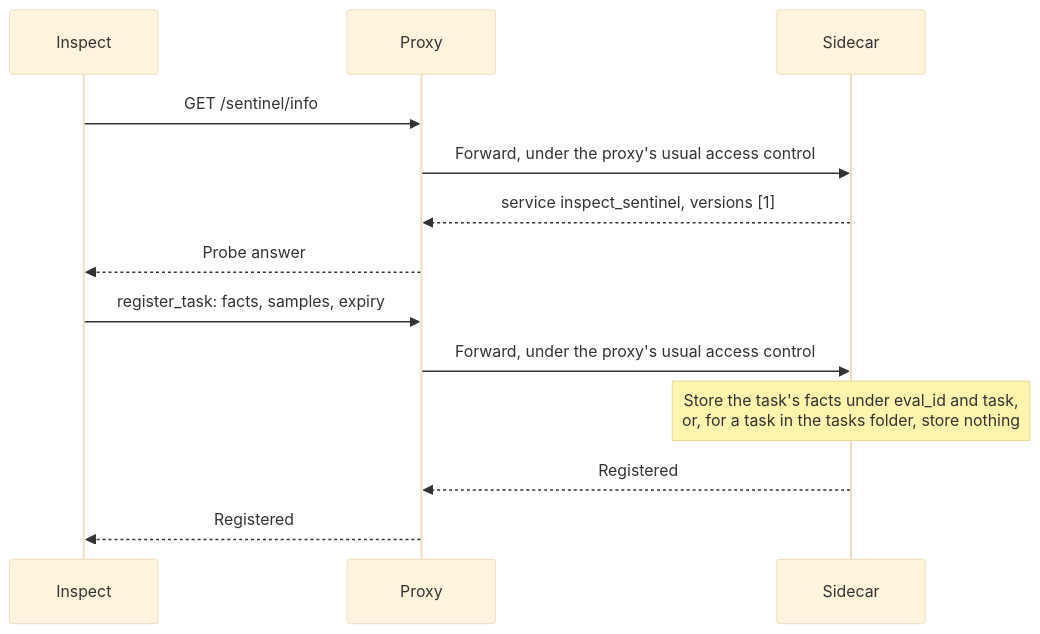
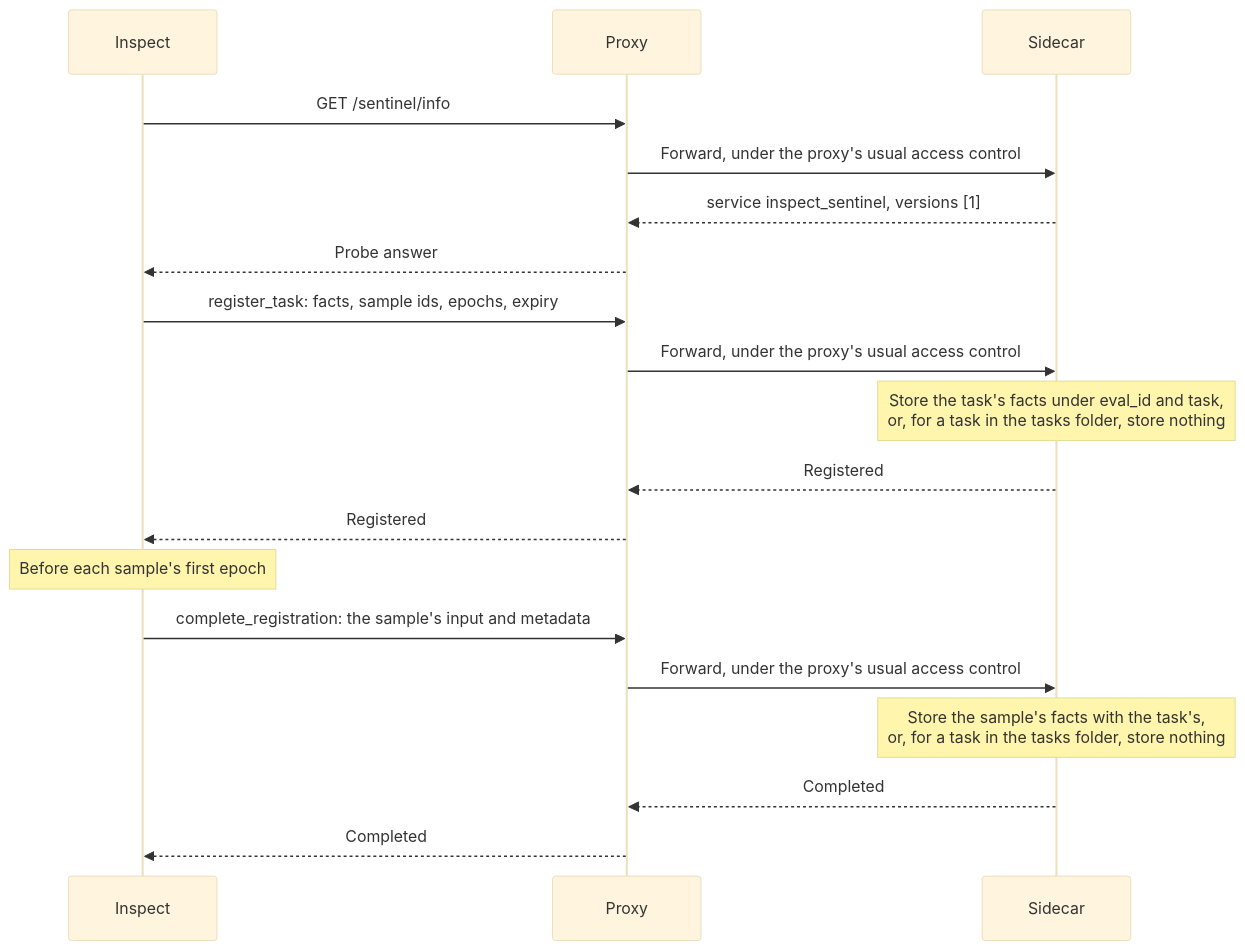
Before and after one commit to meridianlabs-ai/inspect_sentinel: the second of 10 diagrams in design/sidecar.md, drawn with Mermaid (base theme). The commit also changed other lines of this file and 2 other files, not shown here.

````diff
--- a/design/sidecar.md
+++ b/design/sidecar.md
@@ -602,15 +635,21 @@
 ```mermaid
 sequenceDiagram
     participant I as Inspect
     participant P as Proxy
     participant S as Sidecar
     I->>P: GET /sentinel/info
     P->>S: Forward, under the proxy's usual access control
     S-->>P: service inspect_sentinel, versions [1]
     P-->>I: Probe answer
-    I->>P: register_task: facts, samples, expiry
+    I->>P: register_task: facts, sample ids, epochs, expiry
     P->>S: Forward, under the proxy's usual access control
     Note over S: Store the task's facts under eval_id and task,<br/>or, for a task in the tasks folder, store nothing
     S-->>P: Registered
     P-->>I: Registered
+    Note over I: Before each sample's first epoch
+    I->>P: complete_registration: the sample's input and metadata
+    P->>S: Forward, under the proxy's usual access control
+    Note over S: Store the sample's facts with the task's,<br/>or, for a task in the tasks folder, store nothing
+    S-->>P: Completed
+    P-->>I: Completed
 ```
````
